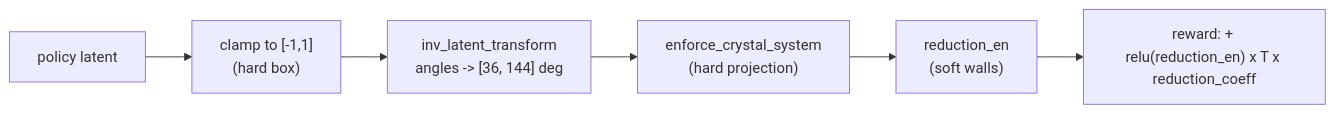
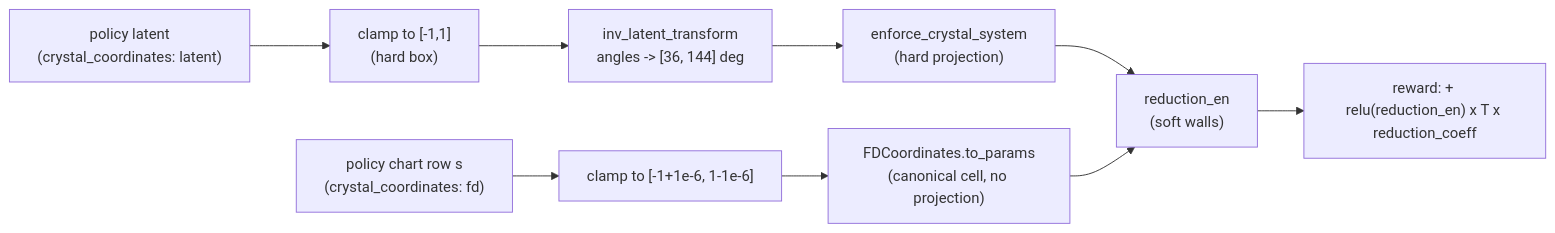
Before and after one commit to alexidine/gfn-diffusion: the diagram in energy_sampling/docs/wiki/cell-fundamental-domains.md, drawn with Mermaid. The commit also changed other lines of this file and 2 other files, not shown here.

First line of the commit message:
wiki: re-verify ar-spline-flow and cell-fundamental-domains against dac8069b (mxtaltools b6155c4a)

````diff
--- a/energy_sampling/docs/wiki/cell-fundamental-domains.md
+++ b/energy_sampling/docs/wiki/cell-fundamental-domains.md
@@ -45,8 +45,11 @@
 ```mermaid
 flowchart LR
-  L["policy latent"] --> C["clamp to [-1,1]<br/>(hard box)"]
+  L["policy latent<br/>(crystal_coordinates: latent)"] --> C["clamp to [-1,1]<br/>(hard box)"]
   C --> I["inv_latent_transform<br/>angles -> [36, 144] deg"]
   I --> P["enforce_crystal_system<br/>(hard projection)"]
   P --> R["reduction_en<br/>(soft walls)"]
+  S["policy chart row s<br/>(crystal_coordinates: fd)"] --> O["clamp to [-1+1e-6, 1-1e-6]"]
+  O --> F["FDCoordinates.to_params<br/>(canonical cell, no projection)"]
+  F --> R
   R --> E["reward: + relu(reduction_en) x T x reduction_coeff"]
 ```
````
